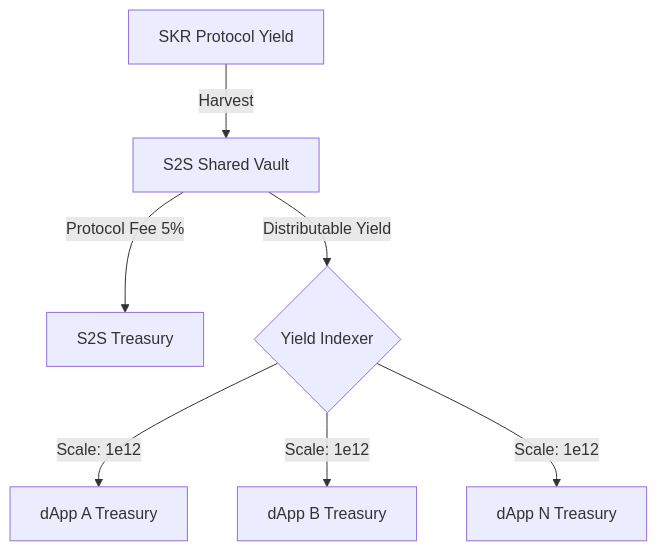
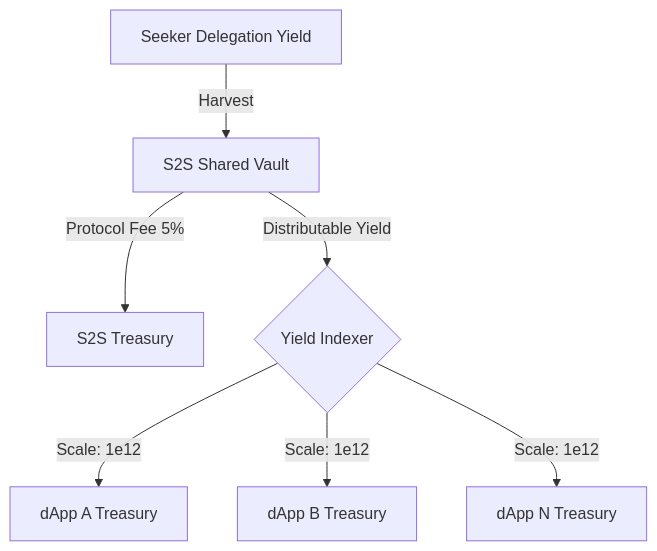
The second of 2 diagrams in README.md (RYthaGOD/S2S-kit), drawn with Mermaid before and after one commit. The commit also changed other lines of this file and 1 other file, not shown here.

````diff
--- a/README.md
+++ b/README.md
@@ -35,9 +35,9 @@
 ```mermaid
 graph TD
-    A[SKR Protocol Yield] -->|Harvest| B[S2S Shared Vault]
+    A[Seeker Delegation Yield] -->|Harvest| B[S2S Shared Vault]
     B -->|Protocol Fee 5%| C[S2S Treasury]
     B -->|Distributable Yield| D{Yield Indexer}
     D -->|Scale: 1e12| E[dApp A Treasury]
     D -->|Scale: 1e12| F[dApp B Treasury]
     D -->|Scale: 1e12| G[dApp N Treasury]
 ```
````
